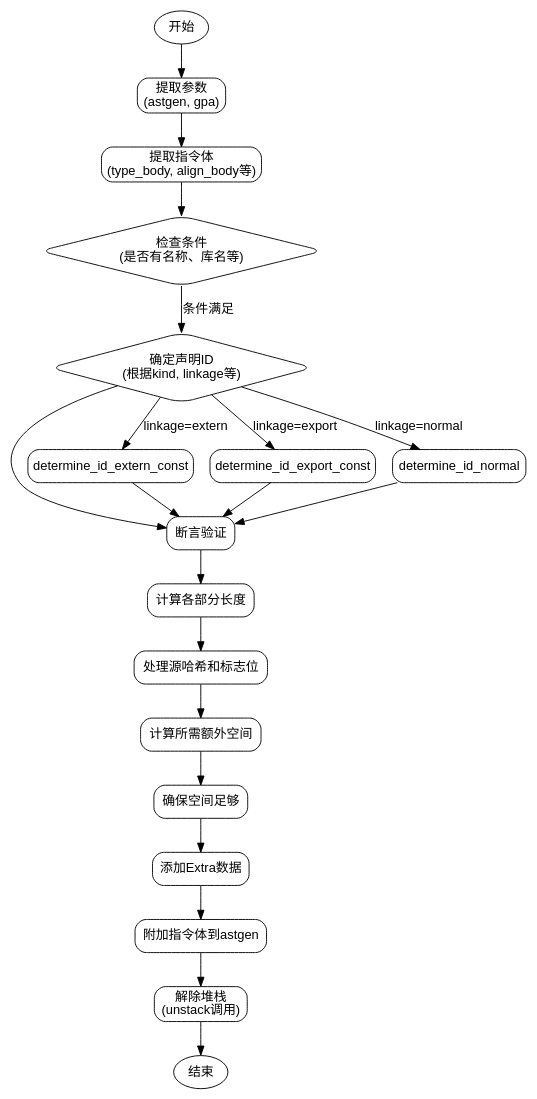
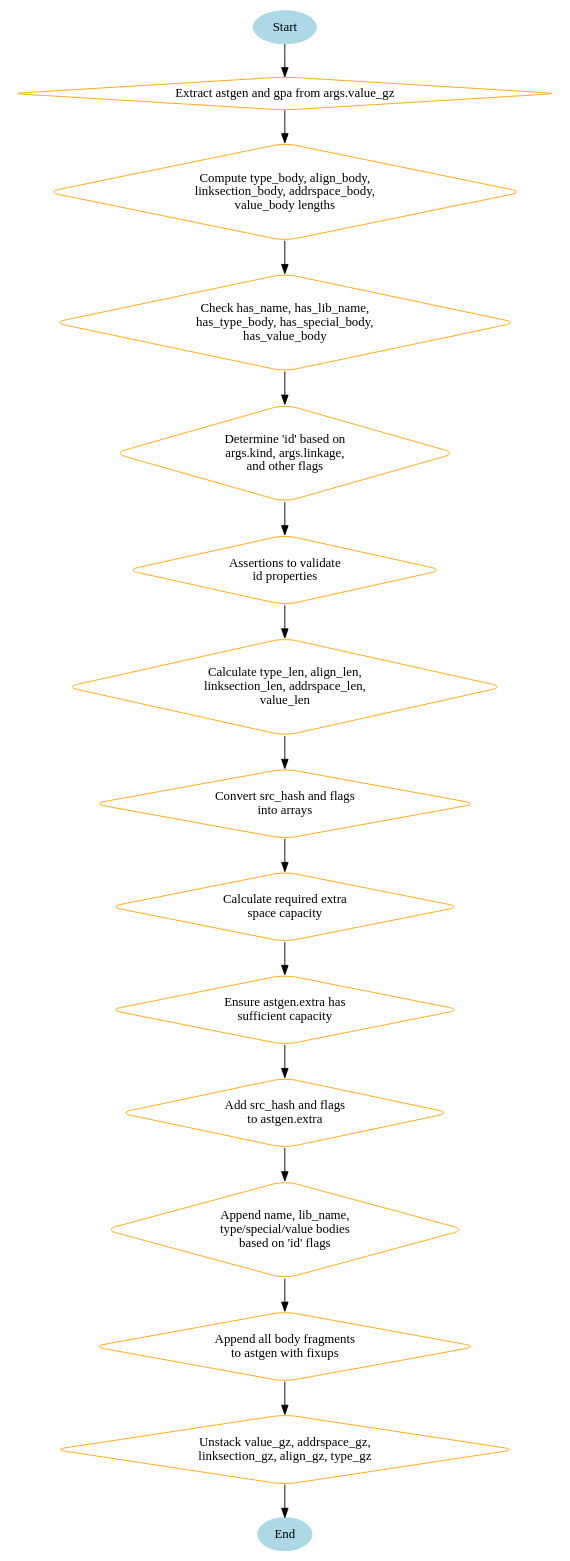
The diagram in dot_std/zig/AstGen.zig.setDeclaration.md (sdzx-1/deepseek-zig-reader), drawn with Graphviz before and after one commit. The commit also changed other lines of this file and 236 other files, not shown here.

````diff
--- a/dot_std/zig/AstGen.zig.setDeclaration.md
+++ b/dot_std/zig/AstGen.zig.setDeclaration.md
@@ -62,43 +19,50 @@
 ```dot
 digraph flowchart {
-    node [shape=rectangle, style="rounded", fontname="Arial"];
-    edge [fontname="Arial"];
-    
-    start [label="开始", shape=ellipse];
-    extract_params [label="提取参数\n(astgen, gpa)"];
-    extract_bodies [label="提取指令体\n(type_body, align_body等)"];
-    check_conditions [label="检查条件\n(是否有名称、库名等)", shape=diamond];
-    determine_id [label="确定声明ID\n(根据kind, linkage等)", shape=diamond];
-    assert_checks [label="断言验证"];
-    compute_lengths [label="计算各部分长度"];
-    process_hash_flags [label="处理源哈希和标志位"];
-    calculate_extra [label="计算所需额外空间"];
-    ensure_capacity [label="确保空间足够"];
-    add_extra_data [label="添加Extra数据"];
-    append_bodies [label="附加指令体到astgen"];
-    unstack_gz [label="解除堆栈\n(unstack调用)"];
-    end [label="结束", shape=ellipse];
+    node [shape=ellipse, style=filled, color=lightblue]; start end;
+    node [shape=rectangle, style=rounded];
+    node [shape=diamond, color=orange];
 
-    start -> extract_params;
-    extract_params -> extract_bodies;
-    extract_bodies -> check_conditions;
-    check_conditions -> determine_id [label="条件满足"];
+    start -> extract_astgen_gpa;
+    extract_astgen_gpa [label="Extract astgen and gpa from args.value_gz"];
+    extract_astgen_gpa -> compute_body_lengths;
+
+    compute_body_lengths [label="Compute type_body, align_body,\nlinksection_body, addrspace_body,\nvalue_body lengths"];
+    compute_body_lengths -> check_flags;
+
+    check_flags [label="Check has_name, has_lib_name,\nhas_type_body, has_special_body,\nhas_value_body"];
+    check_flags -> determine_id;
+
+    determine_id [label="Determine 'id' based on\nargs.kind, args.linkage,\nand other flags"];
     determine_id -> assert_checks;
-    assert_checks -> compute_lengths;
-    compute_lengths -> process_hash_flags;
-    process_hash_flags -> calculate_extra;
-    calculate_extra -> ensure_capacity;
+
+    assert_checks [label="Assertions to validate\nid properties"];
+    assert_checks -> calculate_body_lens;
+
+    calculate_body_lens [label="Calculate type_len, align_len,\nlinksection_len, addrspace_len,\nvalue_len"];
+    calculate_body_lens -> prepare_flags;
+
+    prepare_flags [label="Convert src_hash and flags\ninto arrays"];
+    prepare_flags -> compute_need_extra;
+
+    compute_need_extra [label="Calculate required extra\nspace capacity"];
+    compute_need_extra -> ensure_capacity;
+
+    ensure_capacity [label="Ensure astgen.extra has\nsufficient capacity"];
     ensure_capacity -> add_extra_data;
-    add_extra_data -> append_bodies;
+
+    add_extra_data [label="Add src_hash and flags\nto astgen.extra"];
+    add_extra_data -> conditional_appends;
+
+    conditional_appends [shape=diamond, label="Append name, lib_name,\ntype/special/value bodies\nbased on 'id' flags"];
+    conditional_appends -> append_bodies;
+
+    append_bodies [label="Append all body fragments\nto astgen with fixups"];
     append_bodies -> unstack_gz;
+
+    unstack_gz [label="Unstack value_gz, addrspace_gz,\nlinksection_gz, align_gz, type_gz"];
     unstack_gz -> end;
 
-    // 条件分支示例（简化）
-    determine_id -> determine_id_extern_const [label="linkage=extern"];
-    determine_id -> determine_id_export_const [label="linkage=export"];
-    determine_id -> determine_id_normal [label="linkage=normal"];
-    determine_id_extern_const -> assert_checks;
-    determine_id_export_const -> assert_checks;
-    determine_id_normal -> assert_checks;
+    start [label="Start"];
+    end [label="End"];
 }
 ```
````
